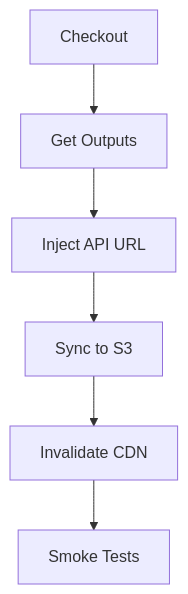
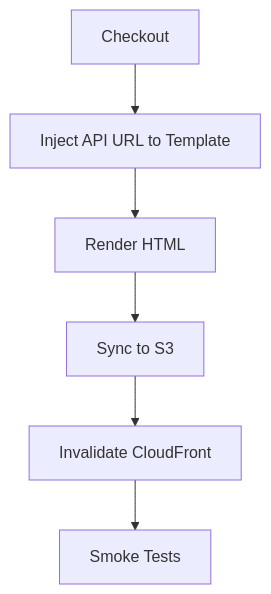
One commit to hybridmulticloud/resume-api-frontend changed the fourth of 6 diagrams in README.md. Above: the diagram before and after it, drawn with Mermaid. The commit also changed other lines of this file, not shown here.

````diff
--- a/README.md
+++ b/README.md
@@ -111,8 +154,8 @@
 ```mermaid
 flowchart TD
-  A2[Checkout] --> B2[Get Outputs]
-  B2 --> C2[Inject API URL]
+  A2[Checkout] --> B2[Inject API URL to Template]
+  B2 --> C2[Render HTML]
   C2 --> D2[Sync to S3]
-  D2 --> E2[Invalidate CDN]
+  D2 --> E2[Invalidate CloudFront]
   E2 --> F2[Smoke Tests]
 ```
````
